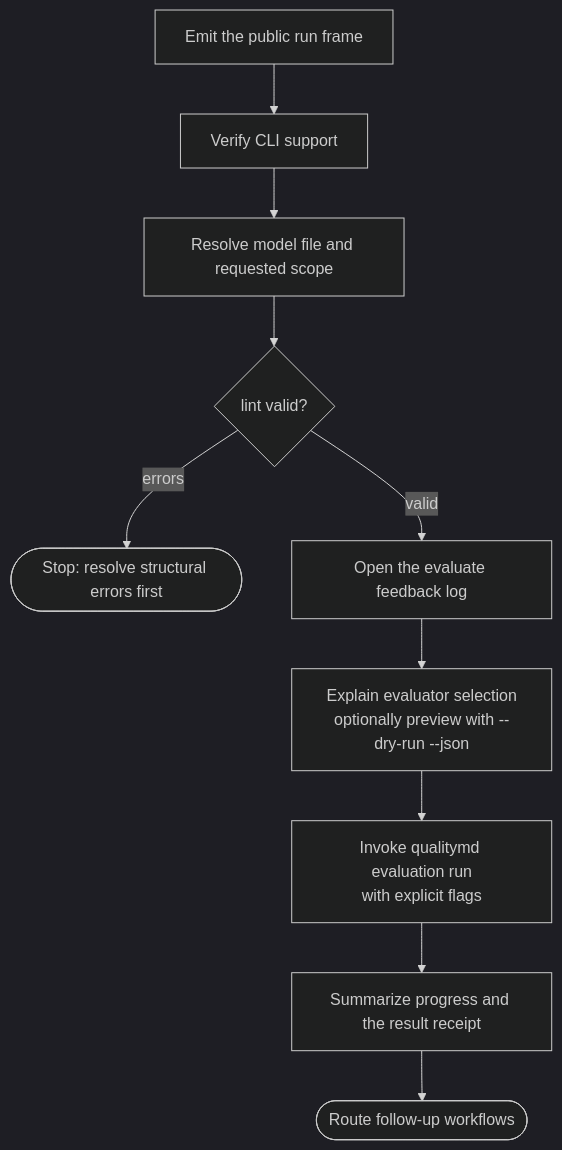
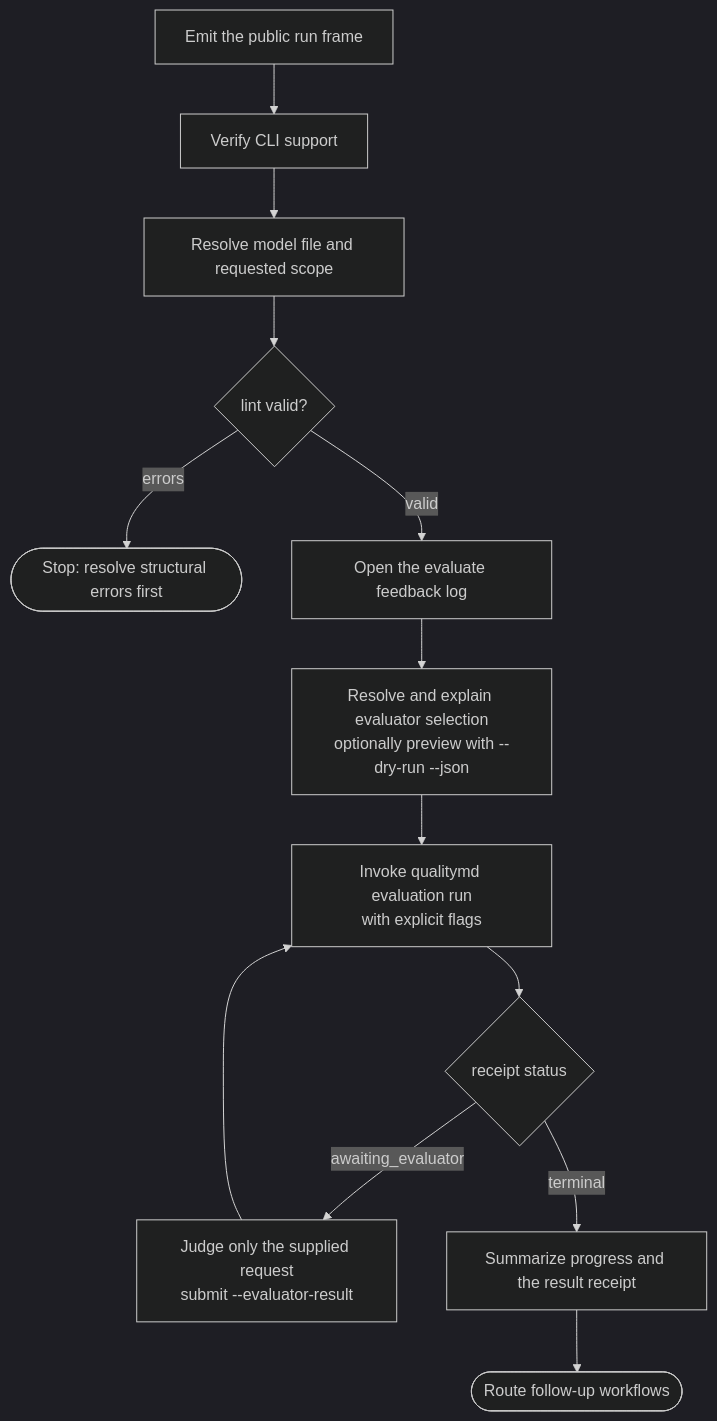
One commit to qualitymd/quality.md changed the diagram in specs/skills/quality-skill/evaluation.md. Above: the diagram before and after it, drawn with Mermaid (dark theme). The commit also changed other lines of this file and 48 other files, not shown here.

````diff
--- a/specs/skills/quality-skill/evaluation.md
+++ b/specs/skills/quality-skill/evaluation.md
@@ -147,12 +179,15 @@
 ```mermaid
 flowchart TD
     Frame[Emit the public run frame] --> Verify[Verify CLI support]
     Verify --> Resolve[Resolve model file and requested scope]
     Resolve --> Lint{lint valid?}
     Lint -->|errors| Stop([Stop: resolve structural errors first])
     Lint -->|valid| Log[Open the evaluate feedback log]
-    Log --> Select[Explain evaluator selection<br/>optionally preview with --dry-run --json]
+    Log --> Select[Resolve and explain evaluator selection<br/>optionally preview with --dry-run --json]
     Select --> Run[Invoke qualitymd evaluation run<br/>with explicit flags]
-    Run --> Summarize[Summarize progress and the result receipt]
+    Run --> Receipt{receipt status}
+    Receipt -->|awaiting_evaluator| Judge[Judge only the supplied request<br/>submit --evaluator-result]
+    Judge --> Run
+    Receipt -->|terminal| Summarize[Summarize progress and the result receipt]
     Summarize --> Route([Route follow-up workflows])
 ```
````
